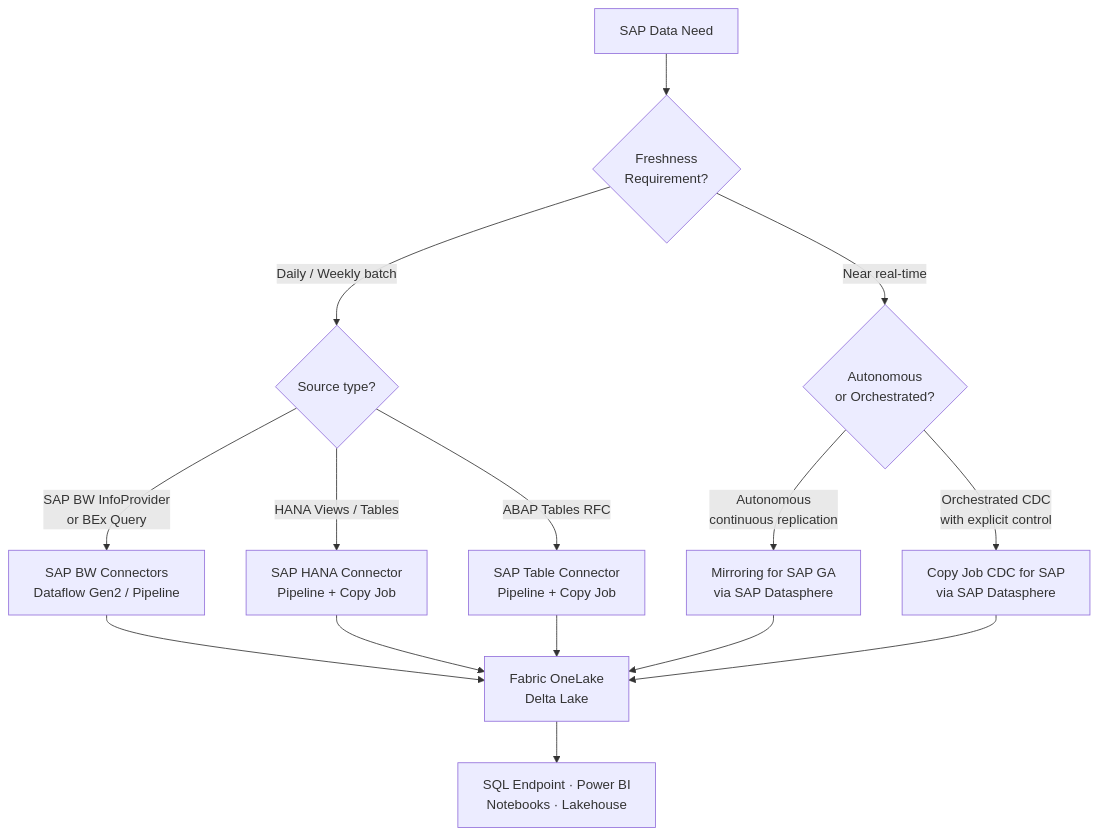
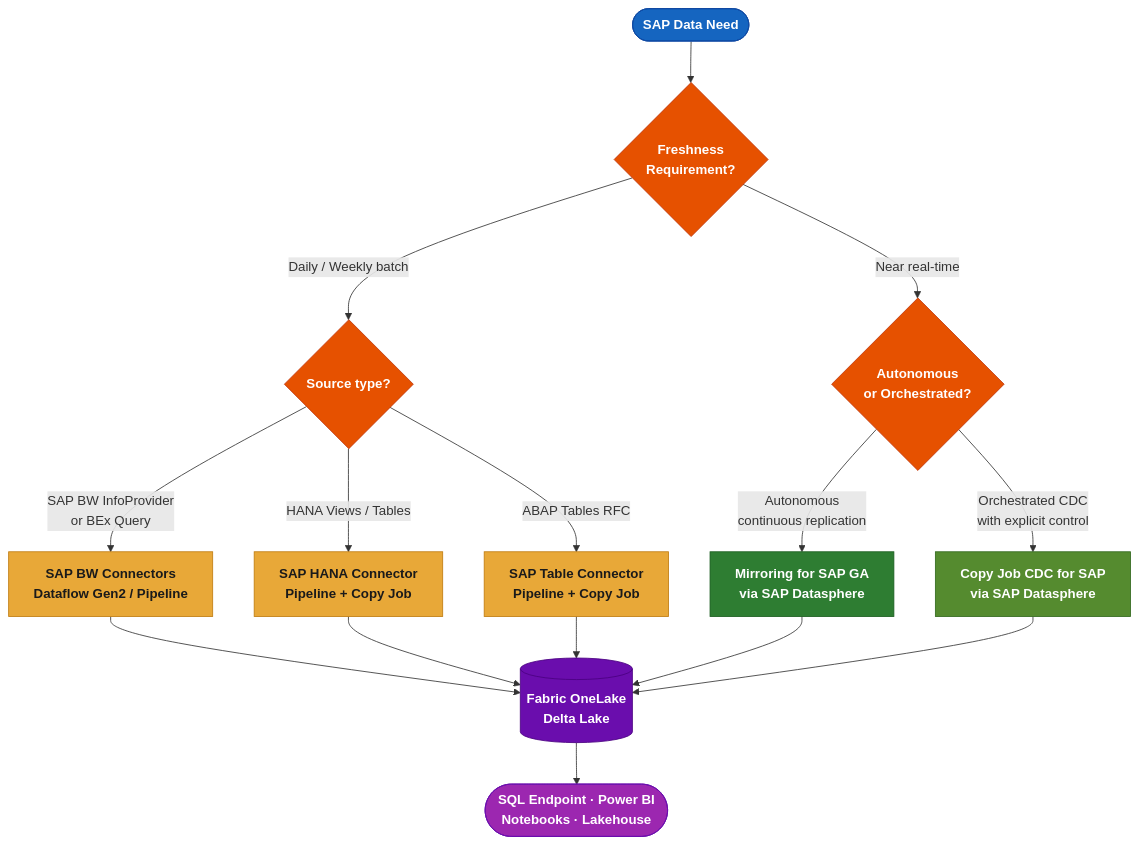
One commit to fredgis/fabric-foundry-kb changed the third of 3 diagrams in SAP_Fabric_Connectivity.md. Above: the diagram before and after it, drawn with Mermaid. The commit also changed other lines of this file and 1 other file, not shown here.

First line of the commit message:
SAP Connectivity guide: colored Mermaid diagrams + Appendix

````diff
--- a/SAP_Fabric_Connectivity.md
+++ b/SAP_Fabric_Connectivity.md
@@ -149,19 +172,36 @@
 ```mermaid
 flowchart TD
-    A[SAP Data Need] --> B{Freshness<br/>Requirement?}
+    A([SAP Data Need]) --> B{Freshness<br/>Requirement?}
 
     B -->|Daily / Weekly batch| C{Source type?}
     B -->|Near real-time| D{Autonomous<br/>or Orchestrated?}
 
     C -->|SAP BW InfoProvider<br/>or BEx Query| E[SAP BW Connectors<br/>Dataflow Gen2 / Pipeline]
     C -->|HANA Views / Tables| F[SAP HANA Connector<br/>Pipeline + Copy Job]
     C -->|ABAP Tables RFC| G[SAP Table Connector<br/>Pipeline + Copy Job]
 
     D -->|Autonomous<br/>continuous replication| H[Mirroring for SAP GA<br/>via SAP Datasphere]
     D -->|Orchestrated CDC<br/>with explicit control| I[Copy Job CDC for SAP<br/>via SAP Datasphere]
 
-    E & F & G --> J[Fabric OneLake<br/>Delta Lake]
+    E & F & G --> J[(Fabric OneLake<br/>Delta Lake)]
     H --> J
     I --> J
-    J --> K[SQL Endpoint · Power BI<br/>Notebooks · Lakehouse]
+    J --> K([SQL Endpoint · Power BI<br/>Notebooks · Lakehouse])
+
+    classDef start fill:#1565C0,stroke:#0D47A1,color:#ffffff,font-weight:bold
+    classDef decision fill:#E65100,stroke:#BF360C,color:#ffffff,font-weight:bold
+    classDef batchNode fill:#E8A838,stroke:#C07C10,color:#1a1a1a,font-weight:bold
+    classDef mirrorNode fill:#2E7D32,stroke:#1B5E20,color:#ffffff,font-weight:bold
+    classDef cdcNode fill:#558B2F,stroke:#33691E,color:#ffffff,font-weight:bold
+    classDef lakeNode fill:#6A0DAD,stroke:#4A0080,color:#ffffff,font-weight:bold
+    classDef endNode fill:#9C27B0,stroke:#6A0DAD,color:#ffffff,font-weight:bold
+
+    class A start
+    class B,D decision
+    class C decision
+    class E,F,G batchNode
+    class H mirrorNode
+    class I cdcNode
+    class J lakeNode
+    class K endNode
 ```
````
